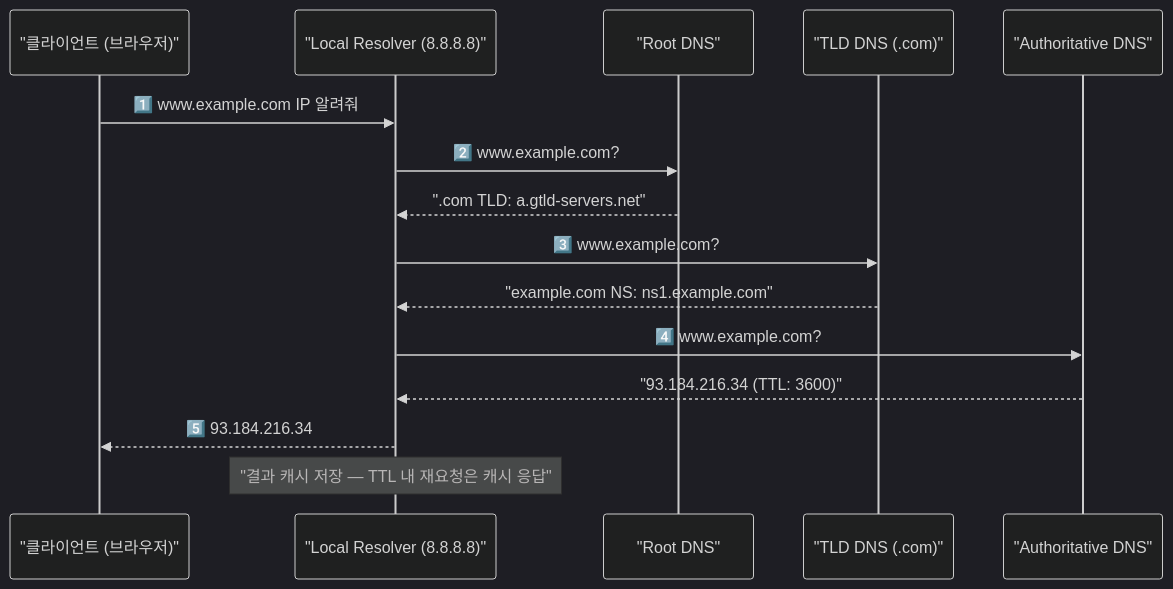
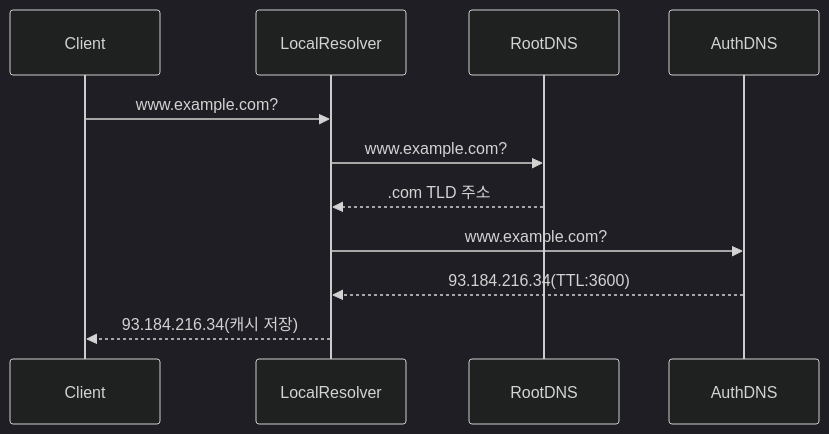
The second of 4 diagrams in _posts/network/2026-05-01-dns.md (yjkim2015/yjkim2015.github.io), drawn with Mermaid (dark theme) before and after one commit. The commit also changed other lines of this file and 215 other files, not shown here.

First line of the commit message:
신규 포스트 10개 추가 + Mermaid 전면 축소 + SystemDesign 시리즈 보강

````diff
--- a/_posts/network/2026-05-01-dns.md
+++ b/_posts/network/2026-05-01-dns.md
@@ -56,18 +48,13 @@
 ```mermaid
 sequenceDiagram
-    participant C as "클라이언트 (브라우저)"
-    participant LR as "Local Resolver (8.8.8.8)"
-    participant Root as "Root DNS"
-    participant TLD as "TLD DNS (.com)"
-    participant Auth as "Authoritative DNS"
-
-    C->>LR: 1️⃣ www.example.com IP 알려줘
-    LR->>Root: 2️⃣ www.example.com?
-    Root-->>LR: ".com TLD: a.gtld-servers.net"
-    LR->>TLD: 3️⃣ www.example.com?
-    TLD-->>LR: "example.com NS: ns1.example.com"
-    LR->>Auth: 4️⃣ www.example.com?
-    Auth-->>LR: "93.184.216.34 (TTL: 3600)"
-    LR-->>C: 5️⃣ 93.184.216.34
-    Note over LR: "결과 캐시 저장 — TTL 내 재요청은 캐시 응답"
+    participant C as Client
+    participant LR as LocalResolver
+    participant Root as RootDNS
+    participant Auth as AuthDNS
+    C->>LR: www.example.com?
+    LR->>Root: www.example.com?
+    Root-->>LR: .com TLD 주소
+    LR->>Auth: www.example.com?
+    Auth-->>LR: 93.184.216.34(TTL:3600)
+    LR-->>C: 93.184.216.34(캐시 저장)
 ```
````
